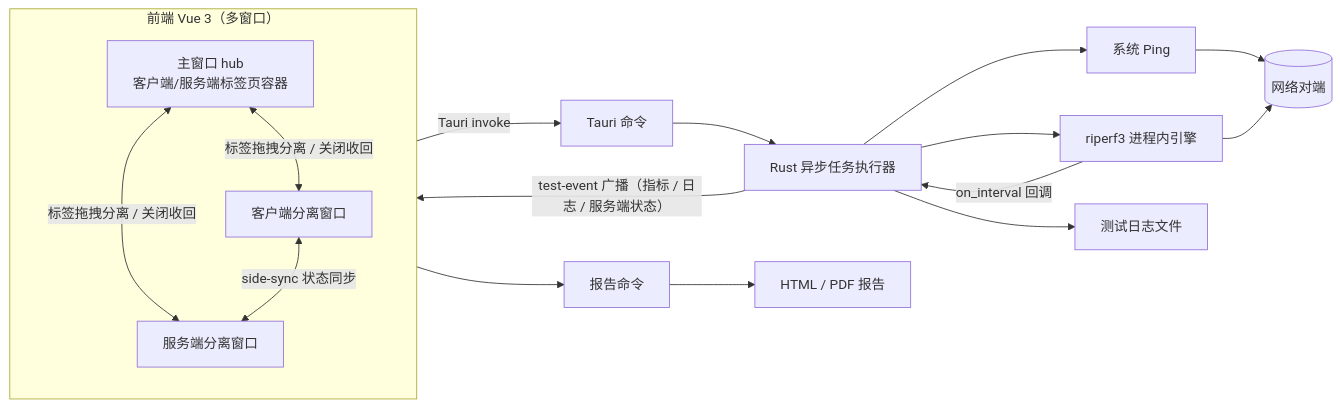
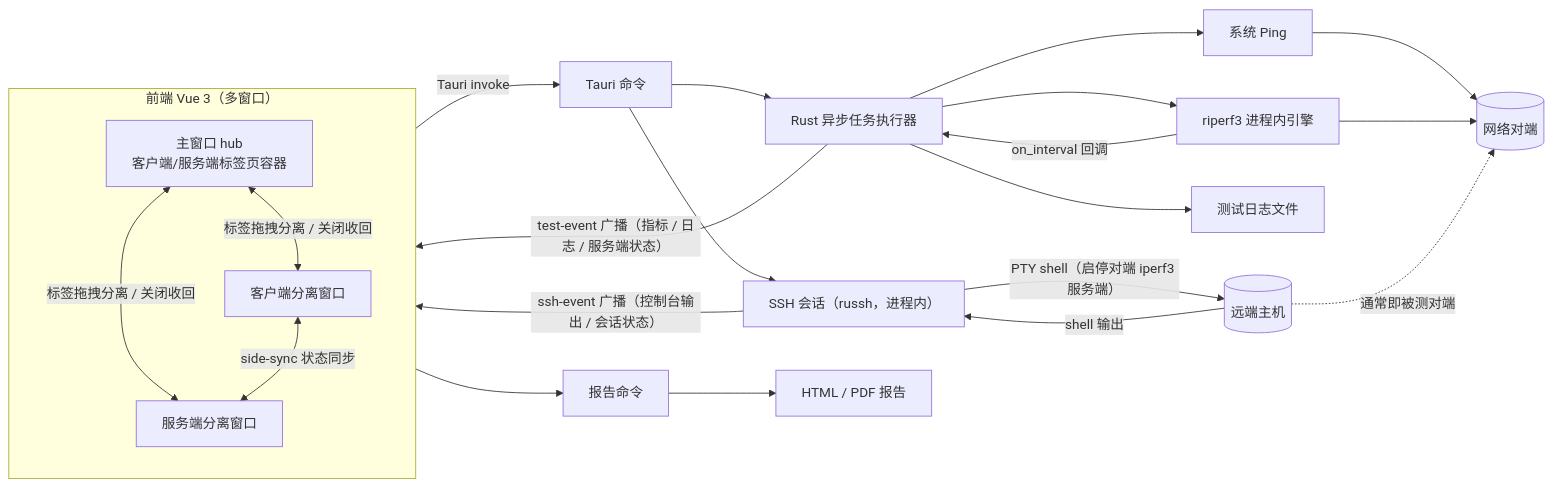
One commit to KISSMonX/LinkGauge changed the diagram in README.zh-CN.md. Above: the diagram before and after it, drawn with Mermaid. The commit also changed other lines of this file and 1 other file, not shown here.

First line of the commit message:
docs: reflect the SSH console in the architecture diagram and README body

````diff
--- a/README.zh-CN.md
+++ b/README.zh-CN.md
@@ -54,22 +54,27 @@
 ```mermaid
 flowchart LR
     subgraph UI["前端 Vue 3（多窗口）"]
         HUB["主窗口 hub<br/>客户端/服务端标签页容器"]
         CW["客户端分离窗口"]
         SW["服务端分离窗口"]
         HUB <-->|"标签拖拽分离 / 关闭收回"| CW
         HUB <-->|"标签拖拽分离 / 关闭收回"| SW
         CW <-->|"side-sync 状态同步"| SW
     end
     UI -->|Tauri invoke| API[Tauri 命令]
     API --> RUNNER[Rust 异步任务执行器]
+    API --> SSH["SSH 会话（russh，进程内）"]
     RUNNER --> PING[系统 Ping]
     RUNNER --> ENGINE[riperf3 进程内引擎]
     PING --> NETWORK[(网络对端)]
     ENGINE --> NETWORK
     ENGINE -->|on_interval 回调| RUNNER
     RUNNER -->|"test-event 广播（指标 / 日志 / 服务端状态）"| UI
     RUNNER --> LOGS[测试日志文件]
+    SSH -->|"PTY shell（启停对端 iperf3 服务端）"| REMOTE[(远端主机)]
+    REMOTE -->|shell 输出| SSH
+    SSH -->|"ssh-event 广播（控制台输出 / 会话状态）"| UI
+    REMOTE -.->|"通常即被测对端"| NETWORK
     UI --> REPORT[报告命令]
     REPORT --> OUTPUT[HTML / PDF 报告]
 ```
````
